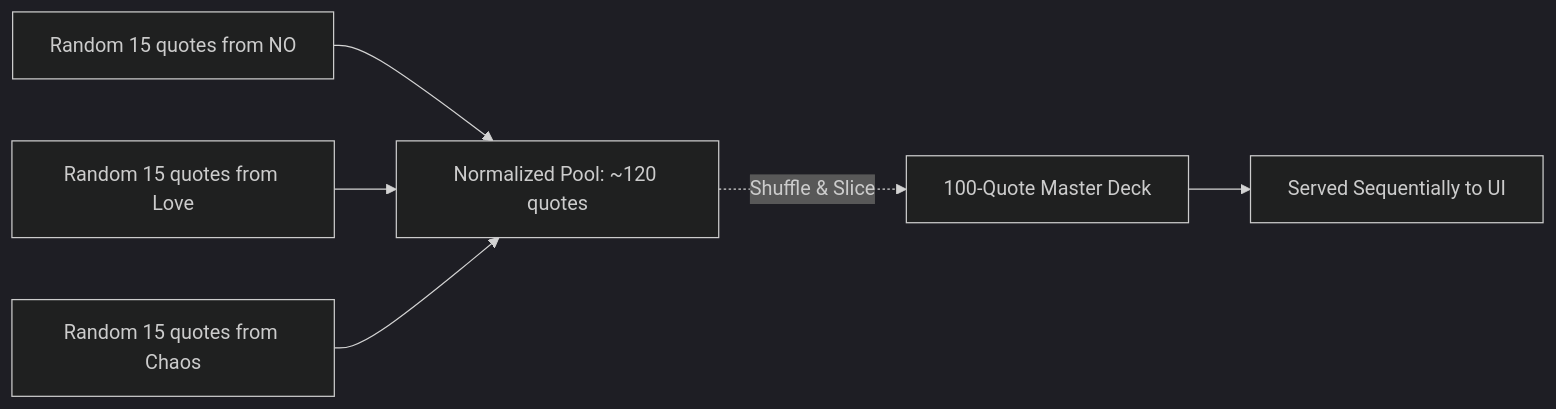
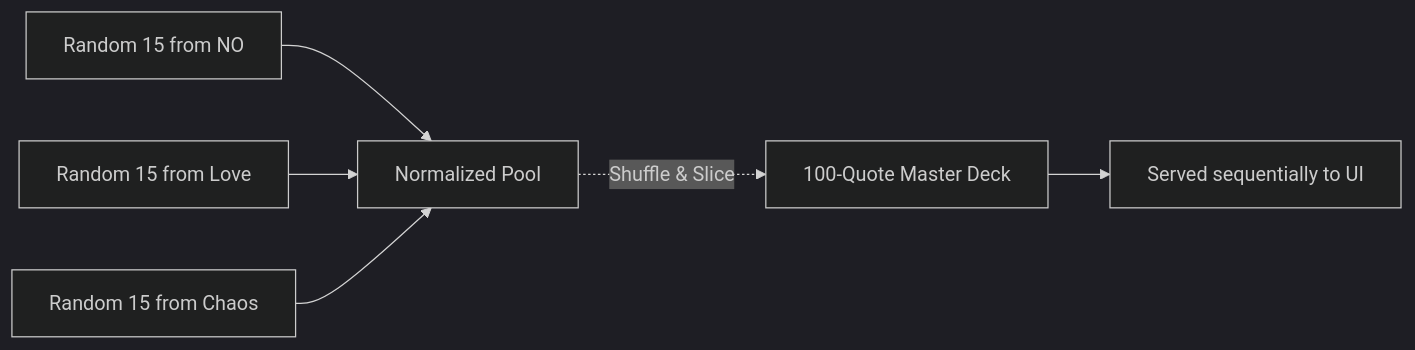
The third of 3 diagrams in README.md (codebydusk/quiply), drawn with Mermaid (dark theme) before and after one commit. The commit also changed other lines of this file, not shown here.

````diff
--- a/README.md
+++ b/README.md
@@ -205,8 +136,8 @@
 ```mermaid
 graph LR
-    A[Random 15 quotes from NO] --> D
-    B[Random 15 quotes from Love] --> D
-    C[Random 15 quotes from Chaos] --> D
-    D[Normalized Pool: ~120 quotes] -.->|Shuffle & Slice| E[100-Quote Master Deck]
-    E --> F[Served Sequentially to UI]
+    A[Random 15 from NO] --> D
+    B[Random 15 from Love] --> D
+    C[Random 15 from Chaos] --> D
+    D[Normalized Pool] -.->|Shuffle & Slice| E[100-Quote Master Deck]
+    E --> F[Served sequentially to UI]
 ```
````
